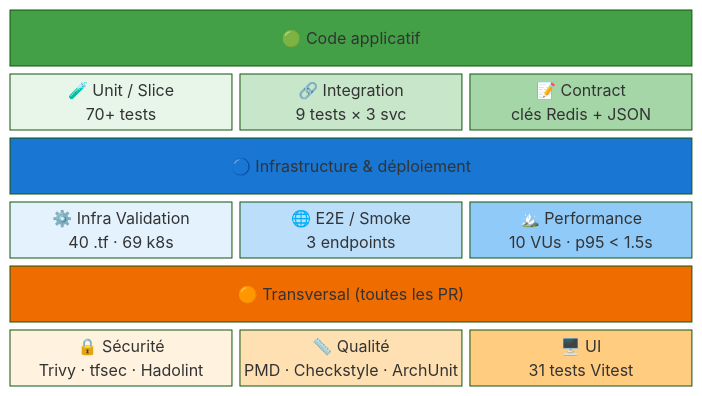
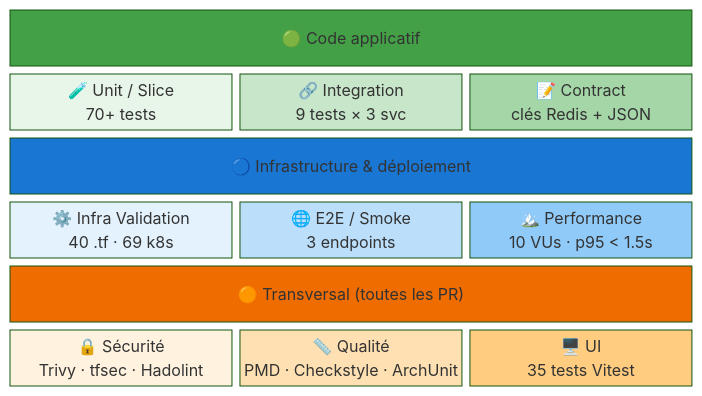
Before and after one commit to ClementV78/CloudRadar: the fourth of 7 diagrams in docs/testing-overview.md, drawn with Mermaid (forest theme). The commit also changed other lines of this file and 6 other files, not shown here.

````diff
--- a/docs/testing-overview.md
+++ b/docs/testing-overview.md
@@ -152,34 +152,34 @@
 ```mermaid
 block-beta
   columns 3
 
   APP["🟢 Code applicatif"]:3
   U["🧪 Unit / Slice<br>70+ tests"]:1
   I["🔗 Integration<br>9 tests × 3 svc"]:1
   C["📝 Contract<br>clés Redis + JSON"]:1
 
   INFRA["🔵 Infrastructure & déploiement"]:3
   IV["⚙️ Infra Validation<br>40 .tf · 69 k8s"]:1
   E["🌐 E2E / Smoke<br>3 endpoints"]:1
   P["🏔️ Performance<br>10 VUs · p95 < 1.5s"]:1
 
   CROSS["🟠 Transversal (toutes les PR)"]:3
   S["🔒 Sécurité<br>Trivy · tfsec · Hadolint"]:1
   Q["📏 Qualité<br>PMD · Checkstyle · ArchUnit"]:1
-  UI["🖥️ UI<br>31 tests Vitest"]:1
+  UI["🖥️ UI<br>35 tests Vitest"]:1
 
   style APP fill:#43a047,color:#fff
   style U fill:#e8f5e9,color:#000
   style I fill:#c8e6c9,color:#000
   style C fill:#a5d6a7,color:#000
 
   style INFRA fill:#1976d2,color:#fff
   style IV fill:#e3f2fd,color:#000
   style E fill:#bbdefb,color:#000
   style P fill:#90caf9,color:#000
 
   style CROSS fill:#ef6c00,color:#fff
   style S fill:#fff3e0,color:#000
   style Q fill:#ffe0b2,color:#000
   style UI fill:#ffcc80,color:#000
 ```
````
